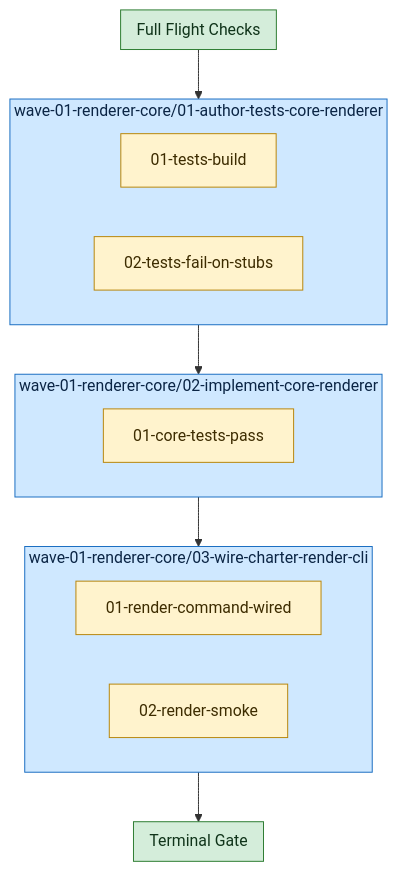
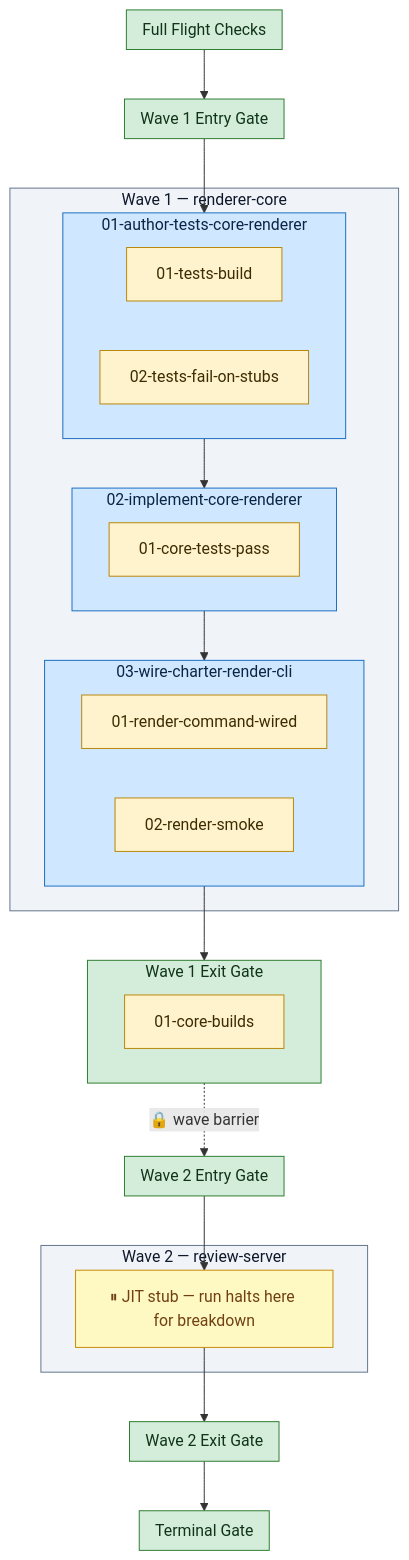
Before and after one commit to Servant-Software-LLC/Charter: the diagram in docs/plans/01-combine-lavish-and-visual-plan/diagram.md, drawn with Mermaid. The commit also changed other lines of this file and 3 other files, not shown here.

First line of the commit message:
chore: regenerate wave-aware diagram under Guardrails preview.41 (#355/#356 shipped)

````diff
--- a/docs/plans/01-combine-lavish-and-visual-plan/diagram.md
+++ b/docs/plans/01-combine-lavish-and-visual-plan/diagram.md
@@ -3,29 +3,55 @@
 ```mermaid
 flowchart TD
   subgraph plan_preflights["Full Flight Checks"]
   end
   style plan_preflights fill:#d4edda,stroke:#2e7d32,color:#10341a;
-  subgraph task_wave_01_renderer_core_01_author_tests_core_renderer["wave-01-renderer-core/01-author-tests-core-renderer"]
-    task_wave_01_renderer_core_01_author_tests_core_renderer_gr_0["01-tests-build"]:::guardrail
-    task_wave_01_renderer_core_01_author_tests_core_renderer_gr_1["02-tests-fail-on-stubs"]:::guardrail
+  subgraph wave_1_preflights["Wave 1 Entry Gate"]
   end
-  style task_wave_01_renderer_core_01_author_tests_core_renderer fill:#cfe8ff,stroke:#1b6ec2,color:#0b2545;
-  subgraph task_wave_01_renderer_core_02_implement_core_renderer["wave-01-renderer-core/02-implement-core-renderer"]
-    task_wave_01_renderer_core_02_implement_core_renderer_gr_0["01-core-tests-pass"]:::guardrail
+  style wave_1_preflights fill:#d4edda,stroke:#2e7d32,color:#10341a;
+  subgraph wave_1["Wave 1 — renderer-core"]
+    subgraph task_wave_01_renderer_core_01_author_tests_core_renderer["01-author-tests-core-renderer"]
+      task_wave_01_renderer_core_01_author_tests_core_renderer_gr_0["01-tests-build"]:::guardrail
+      task_wave_01_renderer_core_01_author_tests_core_renderer_gr_1["02-tests-fail-on-stubs"]:::guardrail
+    end
+    style task_wave_01_renderer_core_01_author_tests_core_renderer fill:#cfe8ff,stroke:#1b6ec2,color:#0b2545;
+    subgraph task_wave_01_renderer_core_02_implement_core_renderer["02-implement-core-renderer"]
+      task_wave_01_renderer_core_02_implement_core_renderer_gr_0["01-core-tests-pass"]:::guardrail
+    end
+    style task_wave_01_renderer_core_02_implement_core_renderer fill:#cfe8ff,stroke:#1b6ec2,color:#0b2545;
+    subgraph task_wave_01_renderer_core_03_wire_charter_render_cli["03-wire-charter-render-cli"]
+      task_wave_01_renderer_core_03_wire_charter_render_cli_gr_0["01-render-command-wired"]:::guardrail
+      task_wave_01_renderer_core_03_wire_charter_render_cli_gr_1["02-render-smoke"]:::guardrail
+    end
+    style task_wave_01_renderer_core_03_wire_charter_render_cli fill:#cfe8ff,stroke:#1b6ec2,color:#0b2545;
   end
-  style task_wave_01_renderer_core_02_implement_core_renderer fill:#cfe8ff,stroke:#1b6ec2,color:#0b2545;
-  subgraph task_wave_01_renderer_core_03_wire_charter_render_cli["wave-01-renderer-core/03-wire-charter-render-cli"]
-    task_wave_01_renderer_core_03_wire_charter_render_cli_gr_0["01-render-command-wired"]:::guardrail
-    task_wave_01_renderer_core_03_wire_charter_render_cli_gr_1["02-render-smoke"]:::guardrail
+  style wave_1 fill:#f0f4f8,stroke:#64748b,color:#0f172a;
+  subgraph wave_1_guardrails["Wave 1 Exit Gate"]
+    wave_1_guardrails_0["01-core-builds"]:::guardrail
   end
-  style task_wave_01_renderer_core_03_wire_charter_render_cli fill:#cfe8ff,stroke:#1b6ec2,color:#0b2545;
+  style wave_1_guardrails fill:#d4edda,stroke:#2e7d32,color:#10341a;
+  subgraph wave_2_preflights["Wave 2 Entry Gate"]
+  end
+  style wave_2_preflights fill:#d4edda,stroke:#2e7d32,color:#10341a;
+  subgraph wave_2["Wave 2 — review-server"]
+    wave_2_stub["⏸ JIT stub — run halts here for breakdown"]
+    style wave_2_stub fill:#fef9c3,stroke:#ca8a04,color:#713f12;
+  end
+  style wave_2 fill:#f0f4f8,stroke:#64748b,color:#0f172a;
+  subgraph wave_2_guardrails["Wave 2 Exit Gate"]
+  end
+  style wave_2_guardrails fill:#d4edda,stroke:#2e7d32,color:#10341a;
   subgraph plan_guardrails["Terminal Gate"]
   end
   style plan_guardrails fill:#d4edda,stroke:#2e7d32,color:#10341a;
-  plan_preflights --> task_wave_01_renderer_core_01_author_tests_core_renderer
+  plan_preflights --> wave_1_preflights
+  wave_1_preflights --> task_wave_01_renderer_core_01_author_tests_core_renderer
   task_wave_01_renderer_core_01_author_tests_core_renderer --> task_wave_01_renderer_core_02_implement_core_renderer
   task_wave_01_renderer_core_02_implement_core_renderer --> task_wave_01_renderer_core_03_wire_charter_render_cli
-  task_wave_01_renderer_core_03_wire_charter_render_cli --> plan_guardrails
+  task_wave_01_renderer_core_03_wire_charter_render_cli --> wave_1_guardrails
+  wave_2_preflights --> wave_2_stub
+  wave_2_stub --> wave_2_guardrails
+  wave_1_guardrails -.->|"🔒 wave barrier"| wave_2_preflights
+  wave_2_guardrails --> plan_guardrails
   classDef preflight fill:#e6d7ff,stroke:#6f42c1,color:#2e1065;
   classDef guardrail fill:#fff3cd,stroke:#b8860b,color:#3d2c00;
 ```
````
